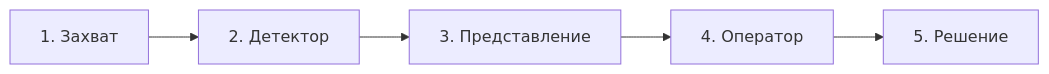
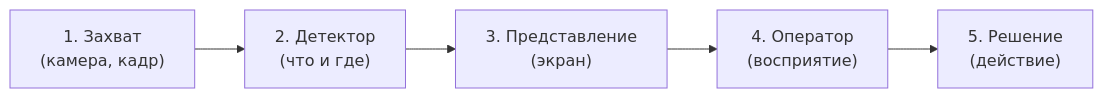
The first of 3 diagrams in docs/ergonomics-methodology/recognition-objects/kr-plan-goryachkin.md (RedAlexDad/WalkingRobotSim), drawn with Mermaid before and after one commit. The commit also changed other lines of this file, not shown here.

````diff
--- a/docs/ergonomics-methodology/recognition-objects/kr-plan-goryachkin.md
+++ b/docs/ergonomics-methodology/recognition-objects/kr-plan-goryachkin.md
@@ -17,4 +42,7 @@
 ```mermaid
 graph LR
-    A["1. Захват"] --> B["2. Детектор"] --> C["3. Представление"] --> D["4. Оператор"] --> E["5. Решение"]
+    A["1. Захват<br/>(камера, кадр)"] --> B["2. Детектор<br/>(что и где)"]
+    B --> C["3. Представление<br/>(экран)"]
+    C --> D["4. Оператор<br/>(восприятие)"]
+    D --> E["5. Решение<br/>(действие)"]
 ```
````
